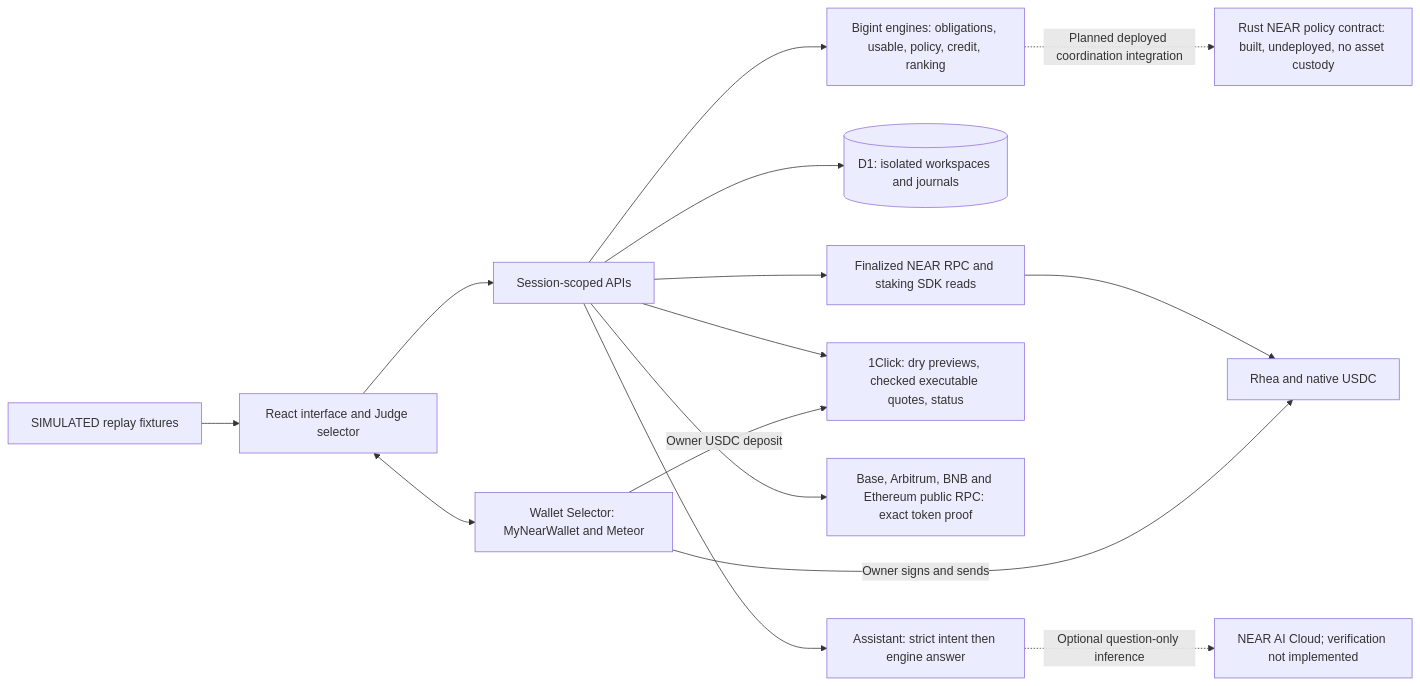
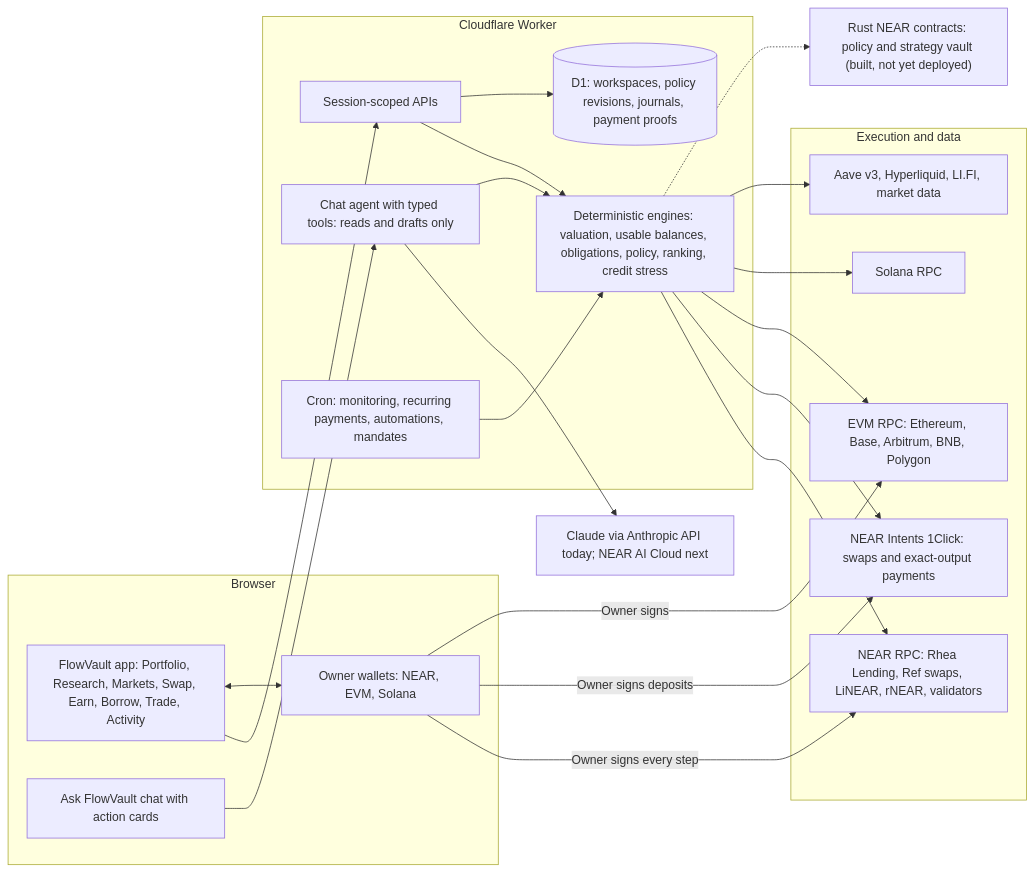
Before and after one commit to AmanGxpta/Flowvault-nearhackathon2026: the first of 4 diagrams in README.md, drawn with Mermaid. The commit also changed other lines of this file, not shown here.

````diff
--- a/README.md
+++ b/README.md
@@ -169,18 +66,42 @@
 ```mermaid
 flowchart LR
-    UI["React interface and Judge selector"] --> API["Session-scoped APIs"]
-    UI <--> W["Wallet Selector: MyNearWallet and Meteor"]
-    API --> E["Bigint engines: obligations, usable, policy, credit, ranking"]
-    API --> D1[("D1: isolated workspaces and journals")]
-    API --> NR["Finalized NEAR RPC and staking SDK reads"]
-    NR --> R["Rhea and native USDC"]
-    API --> OC["1Click: dry previews, checked executable quotes, status"]
-    API --> ER["Base, Arbitrum, BNB and Ethereum public RPC: exact token proof"]
-    W -->|"Owner signs and sends"| R
-    W -->|"Owner USDC deposit"| OC
-    API --> AS["Assistant: strict intent then engine answer"]
-    AS -. "Optional question-only inference" .-> AI["NEAR AI Cloud; verification not implemented"]
-    PC["Rust NEAR policy contract: built, undeployed, no asset custody"]
-    E -. "Planned deployed coordination integration" .-> PC
-    RE["SIMULATED replay fixtures"] --> UI
+    subgraph Client["Browser"]
+        UI["FlowVault app: Portfolio, Research, Markets, Swap, Earn, Borrow, Trade, Activity"]
+        CHAT["Ask FlowVault chat with action cards"]
+        WAL["Owner wallets: NEAR, EVM, Solana"]
+    end
+    subgraph Worker["Cloudflare Worker"]
+        API["Session-scoped APIs"]
+        ENG["Deterministic engines: valuation, usable balances, obligations, policy, ranking, credit stress"]
+        AGENT["Chat agent with typed tools: reads and drafts only"]
+        CRON["Cron: monitoring, recurring payments, automations, mandates"]
+        DB[("D1: workspaces, policy revisions, journals, payment proofs")]
+    end
+    subgraph Chains["Execution and data"]
+        NEAR["NEAR RPC: Rhea Lending, Ref swaps, LiNEAR, rNEAR, validators"]
+        INT["NEAR Intents 1Click: swaps and exact-output payments"]
+        EVM["EVM RPC: Ethereum, Base, Arbitrum, BNB, Polygon"]
+        SOL["Solana RPC"]
+        EXT["Aave v3, Hyperliquid, LI.FI, market data"]
+    end
+    LLM["Claude via Anthropic API today; NEAR AI Cloud next"]
+    CONTRACTS["Rust NEAR contracts: policy and strategy vault (built, not yet deployed)"]
+
+    UI --> API
+    CHAT --> AGENT
+    AGENT --> LLM
+    AGENT --> ENG
+    API --> ENG
+    API --> DB
+    CRON --> ENG
+    ENG --> NEAR
+    ENG --> INT
+    ENG --> EVM
+    ENG --> SOL
+    ENG --> EXT
+    UI <--> WAL
+    WAL -->|"Owner signs every step"| NEAR
+    WAL -->|"Owner signs deposits"| INT
+    WAL -->|"Owner signs"| EVM
+    ENG -.-> CONTRACTS
 ```
````
